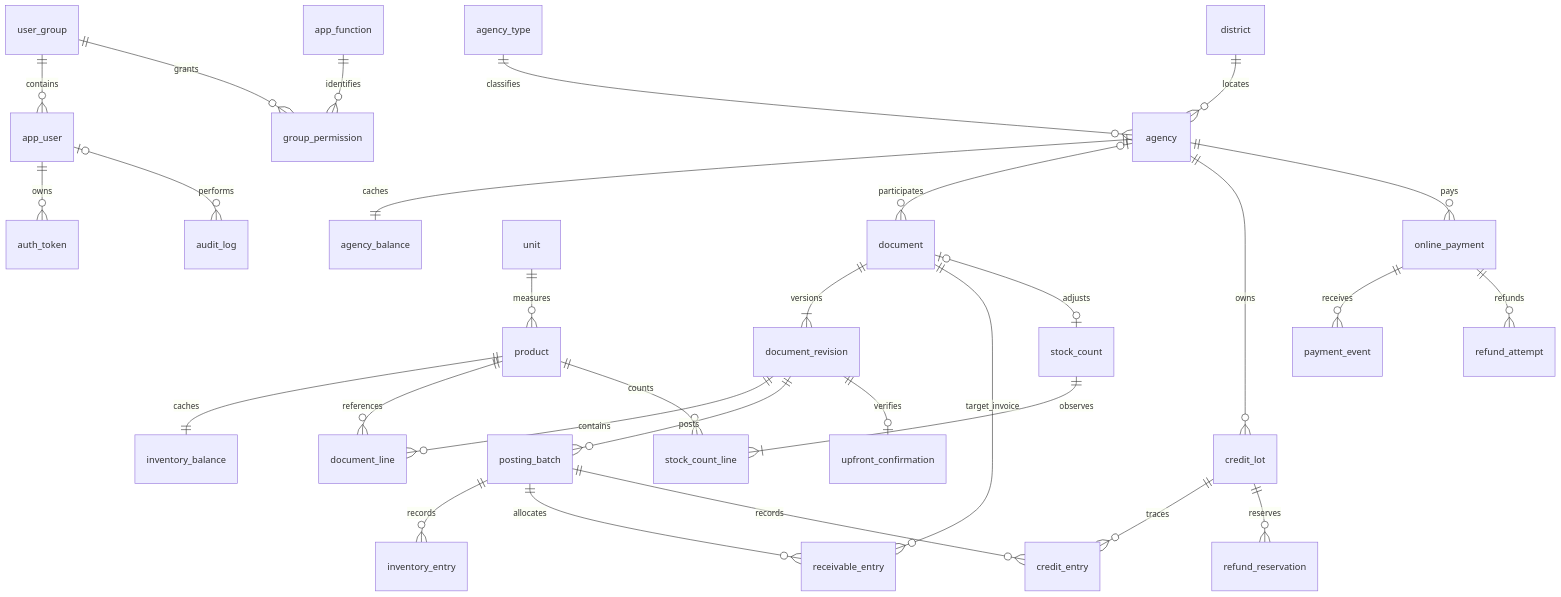
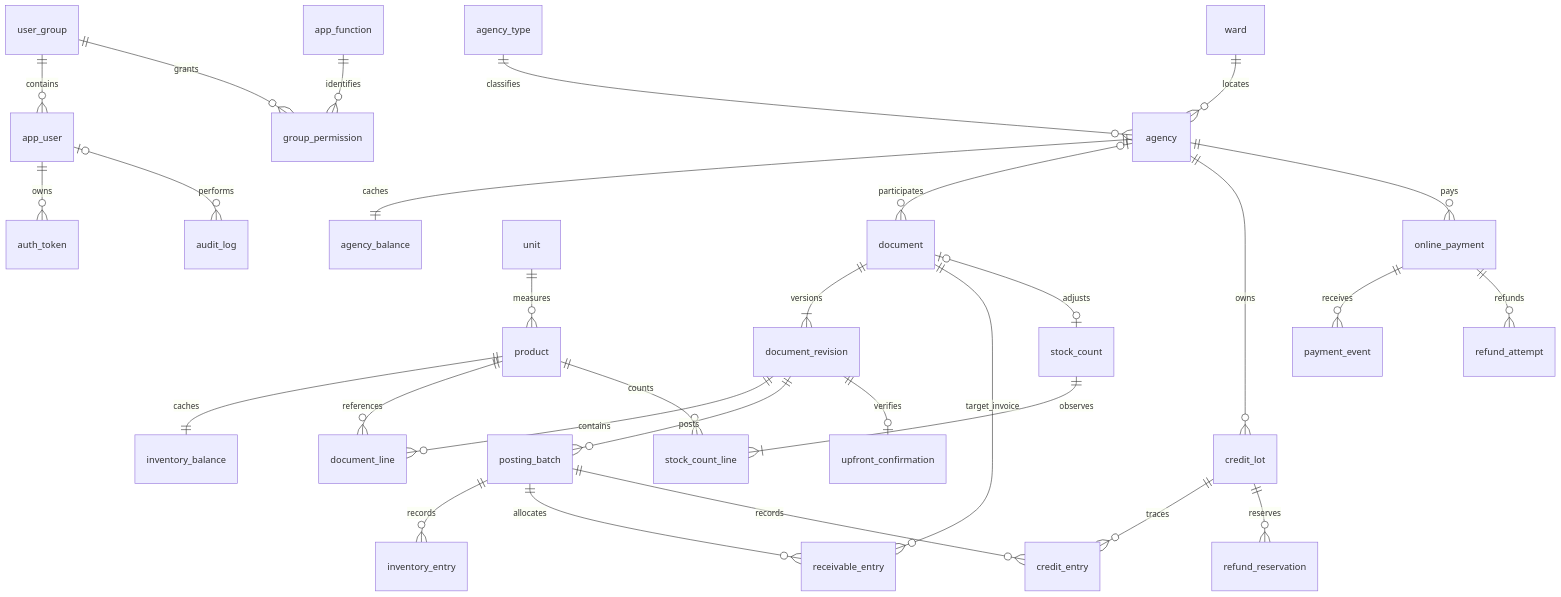
One commit to 2nguyen3/dealer-management-system changed the diagram in openwiki/database-design/README.md. Above: the diagram before and after it, drawn with Mermaid. The commit also changed other lines of this file and 86 other files, not shown here.

````diff
--- a/openwiki/database-design/README.md
+++ b/openwiki/database-design/README.md
@@ -174,32 +175,32 @@
 ```mermaid
 erDiagram
   user_group ||--o{ app_user : contains
   user_group ||--o{ group_permission : grants
   app_function ||--o{ group_permission : identifies
   app_user ||--o{ auth_token : owns
   app_user o|--o{ audit_log : performs
   agency_type ||--o{ agency : classifies
-  district ||--o{ agency : locates
+  ward ||--o{ agency : locates
   agency ||--|| agency_balance : caches
   unit ||--o{ product : measures
   product ||--|| inventory_balance : caches
   agency o|--o{ document : participates
   document ||--|{ document_revision : versions
   document_revision ||--o{ document_line : contains
   product ||--o{ document_line : references
   document_revision ||--o{ posting_batch : posts
   posting_batch ||--o{ inventory_entry : records
   posting_batch ||--o{ receivable_entry : allocates
   posting_batch ||--o{ credit_entry : records
   document ||--o{ receivable_entry : target_invoice
   agency ||--o{ credit_lot : owns
   credit_lot ||--o{ credit_entry : traces
   credit_lot ||--o{ refund_reservation : reserves
   document_revision ||--o| upfront_confirmation : verifies
   agency ||--o{ online_payment : pays
   online_payment ||--o{ payment_event : receives
   online_payment ||--o{ refund_attempt : refunds
   stock_count ||--|{ stock_count_line : observes
   product ||--o{ stock_count_line : counts
   document o|--o| stock_count : adjusts
 ```
````
